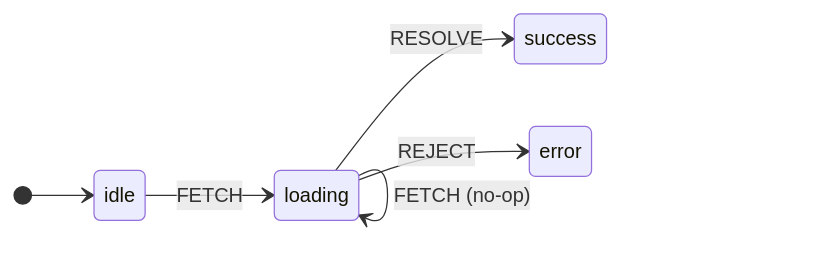
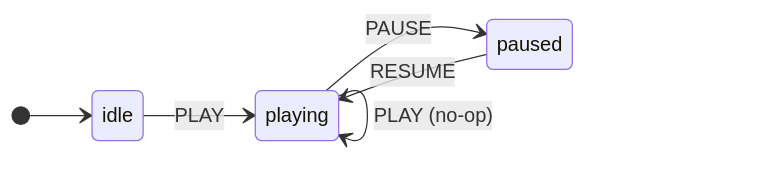
The third of 4 diagrams in content/logs/16-idempotent-state-management.mdx (joyco-studio/hub), drawn with Mermaid before and after one commit. The commit also changed other lines of this file, not shown here.

First line of the commit message:
Swap fetch state machine for a UI example in log 16

````diff
--- a/content/logs/16-idempotent-state-management.mdx
+++ b/content/logs/16-idempotent-state-management.mdx
@@ -147,9 +147,9 @@
 ```mermaid
 stateDiagram-v2
     direction LR
     [*] --> idle
-    idle --> loading : FETCH
-    loading --> loading : FETCH (no-op)
-    loading --> success : RESOLVE
-    loading --> error : REJECT
+    idle --> playing : PLAY
+    playing --> playing : PLAY (no-op)
+    playing --> paused : PAUSE
+    paused --> playing : RESUME
 ```
````
